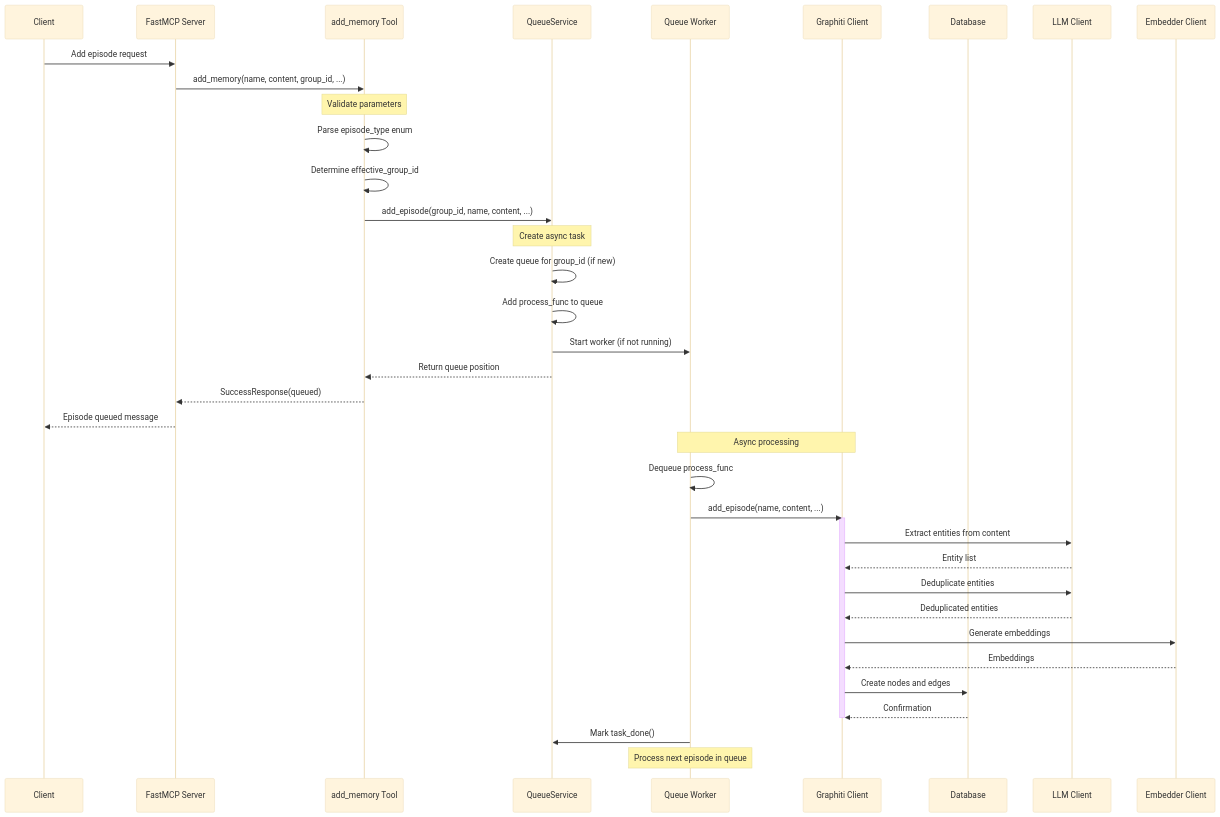
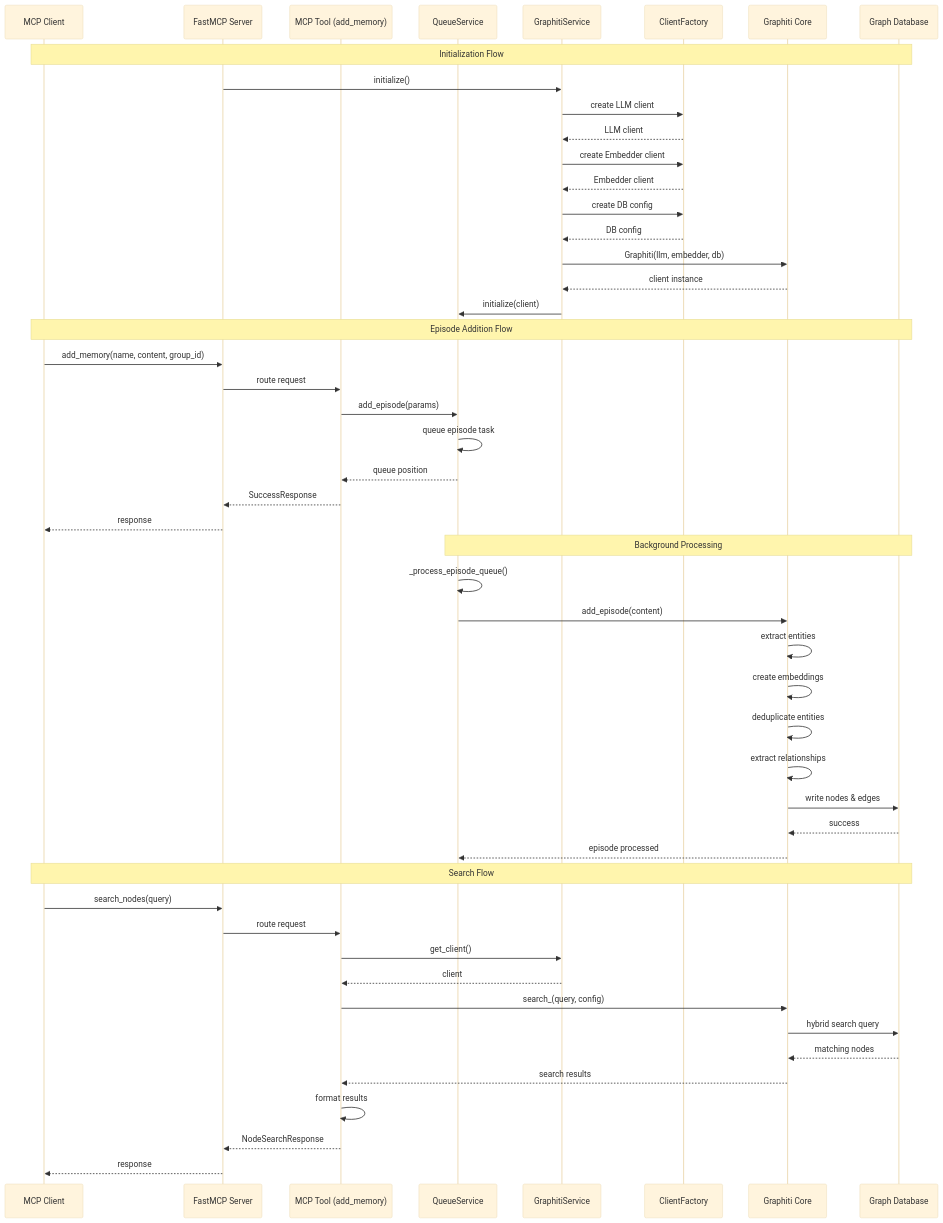
The fifth of 6 diagrams in architecture/diagrams/02_architecture_diagrams.md (donbr/graphiti-fastmcp), drawn with Mermaid (base theme) before and after one commit. The commit also changed other lines of this file and 43 other files, not shown here.

````diff
--- a/architecture/diagrams/02_architecture_diagrams.md
+++ b/architecture/diagrams/02_architecture_diagrams.md
@@ -477,52 +584,56 @@
 ```mermaid
 sequenceDiagram
-    participant Client
-    participant MCP as FastMCP Server
-    participant Tool as add_memory Tool
-    participant QS as QueueService
-    participant Worker as Queue Worker
-    participant GC as Graphiti Client
-    participant DB as Database
-    participant LLM as LLM Client
-    participant EMB as Embedder Client
+    participant Client as MCP Client
+    participant Server as FastMCP Server
+    participant Tool as MCP Tool (add_memory)
+    participant Queue as QueueService
+    participant Graphiti as GraphitiService
+    participant Factory as ClientFactory
+    participant Core as Graphiti Core
+    participant DB as Graph Database
 
-    Client->>MCP: Add episode request
-    MCP->>Tool: add_memory(name, content, group_id, ...)
+    Note over Client,DB: Initialization Flow
+    Server->>Graphiti: initialize()
+    Graphiti->>Factory: create LLM client
+    Factory-->>Graphiti: LLM client
+    Graphiti->>Factory: create Embedder client
+    Factory-->>Graphiti: Embedder client
+    Graphiti->>Factory: create DB config
+    Factory-->>Graphiti: DB config
+    Graphiti->>Core: Graphiti(llm, embedder, db)
+    Core-->>Graphiti: client instance
+    Graphiti->>Queue: initialize(client)
 
-    Note over Tool: Validate parameters
-    Tool->>Tool: Parse episode_type enum
-    Tool->>Tool: Determine effective_group_id
+    Note over Client,DB: Episode Addition Flow
+    Client->>Server: add_memory(name, content, group_id)
+    Server->>Tool: route request
+    Tool->>Queue: add_episode(params)
+    Queue->>Queue: queue episode task
+    Queue-->>Tool: queue position
+    Tool-->>Server: SuccessResponse
+    Server-->>Client: response
 
-    Tool->>QS: add_episode(group_id, name, content, ...)
+    Note over Queue,DB: Background Processing
+    Queue->>Queue: _process_episode_queue()
+    Queue->>Core: add_episode(content)
+    Core->>Core: extract entities
+    Core->>Core: create embeddings
+    Core->>Core: deduplicate entities
+    Core->>Core: extract relationships
+    Core->>DB: write nodes & edges
+    DB-->>Core: success
+    Core-->>Queue: episode processed
 
-    Note over QS: Create async task
-    QS->>QS: Create queue for group_id (if new)
-    QS->>QS: Add process_func to queue
-    QS->>Worker: Start worker (if not running)
-    QS-->>Tool: Return queue position
-
-    Tool-->>MCP: SuccessResponse(queued)
-    MCP-->>Client: Episode queued message
-
-    Note over Worker,GC: Async processing
-    Worker->>Worker: Dequeue process_func
-    Worker->>GC: add_episode(name, content, ...)
-
-    activate GC
-    GC->>LLM: Extract entities from content
-    LLM-->>GC: Entity list
-
-    GC->>LLM: Deduplicate entities
-    LLM-->>GC: Deduplicated entities
-
-    GC->>EMB: Generate embeddings
-    EMB-->>GC: Embeddings
-
-    GC->>DB: Create nodes and edges
-    DB-->>GC: Confirmation
-    deactivate GC
-
-    Worker->>QS: Mark task_done()
-
-    Note over Worker: Process next episode in queue
+    Note over Client,DB: Search Flow
+    Client->>Server: search_nodes(query)
+    Server->>Tool: route request
+    Tool->>Graphiti: get_client()
+    Graphiti-->>Tool: client
+    Tool->>Core: search_(query, config)
+    Core->>DB: hybrid search query
+    DB-->>Core: matching nodes
+    Core-->>Tool: search results
+    Tool->>Tool: format results
+    Tool-->>Server: NodeSearchResponse
+    Server-->>Client: response
 ```
````
